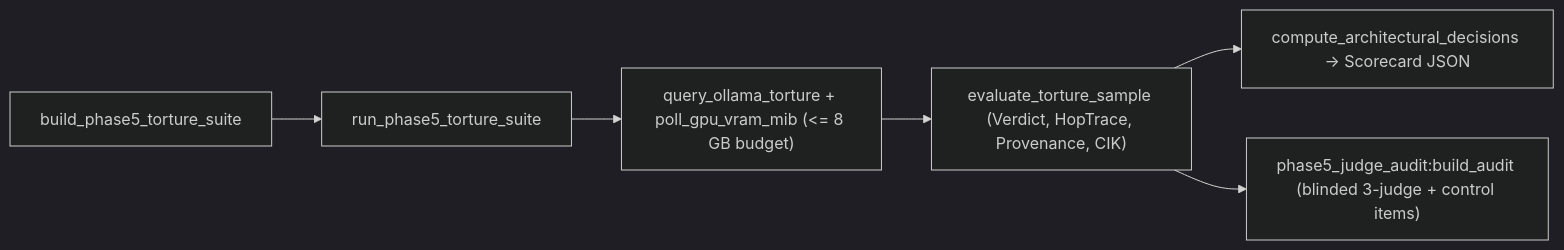
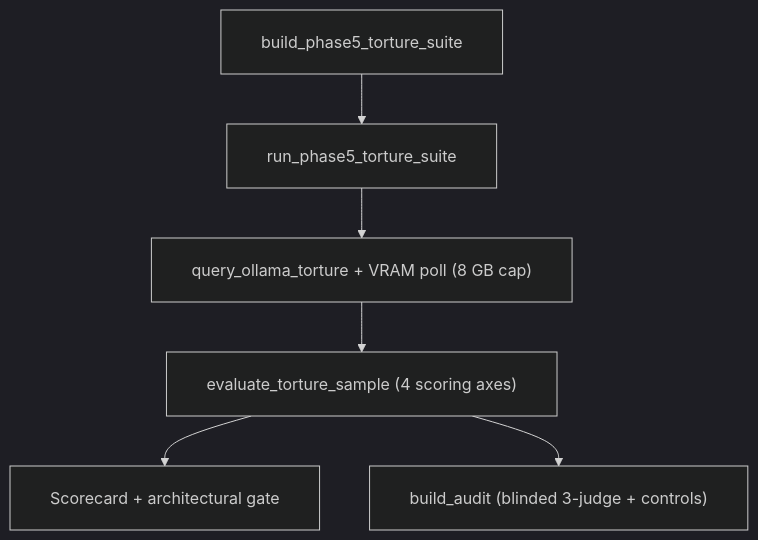
One commit to CamiloEmiliano/YarnBall changed the fourth of 4 diagrams in docs/technical-report/04-curation-and-model-foundry.md. Above: the diagram before and after it, drawn with Mermaid (dark theme). The commit also changed other lines of this file and 6 other files, not shown here.

Commit message:
docs(technical-report): fix Mermaid rendering, Monograph numbering, notation, and Ch.0 layout

````diff
--- a/docs/technical-report/04-curation-and-model-foundry.md
+++ b/docs/technical-report/04-curation-and-model-foundry.md
@@ -261,8 +280,9 @@
 ```mermaid
-flowchart LR
+%%{init: {"flowchart": {"htmlLabels": false, "wrappingWidth": 420, "padding": 20}}}%%
+flowchart TD
     A["build_phase5_torture_suite"] --> B["run_phase5_torture_suite"]
-    B --> C["query_ollama_torture + poll_gpu_vram_mib (<= 8 GB budget)"]
-    C --> D["evaluate_torture_sample (Verdict, HopTrace, Provenance, CIK)"]
-    D --> E["compute_architectural_decisions -> Scorecard JSON"]
-    D --> F["phase5_judge_audit:build_audit (blinded 3-judge + control items)"]
+    B --> C["query_ollama_torture + VRAM poll (8 GB cap)"]
+    C --> D["evaluate_torture_sample (4 scoring axes)"]
+    D --> E["Scorecard + architectural gate"]
+    D --> F["build_audit (blinded 3-judge + controls)"]
 ```
````
